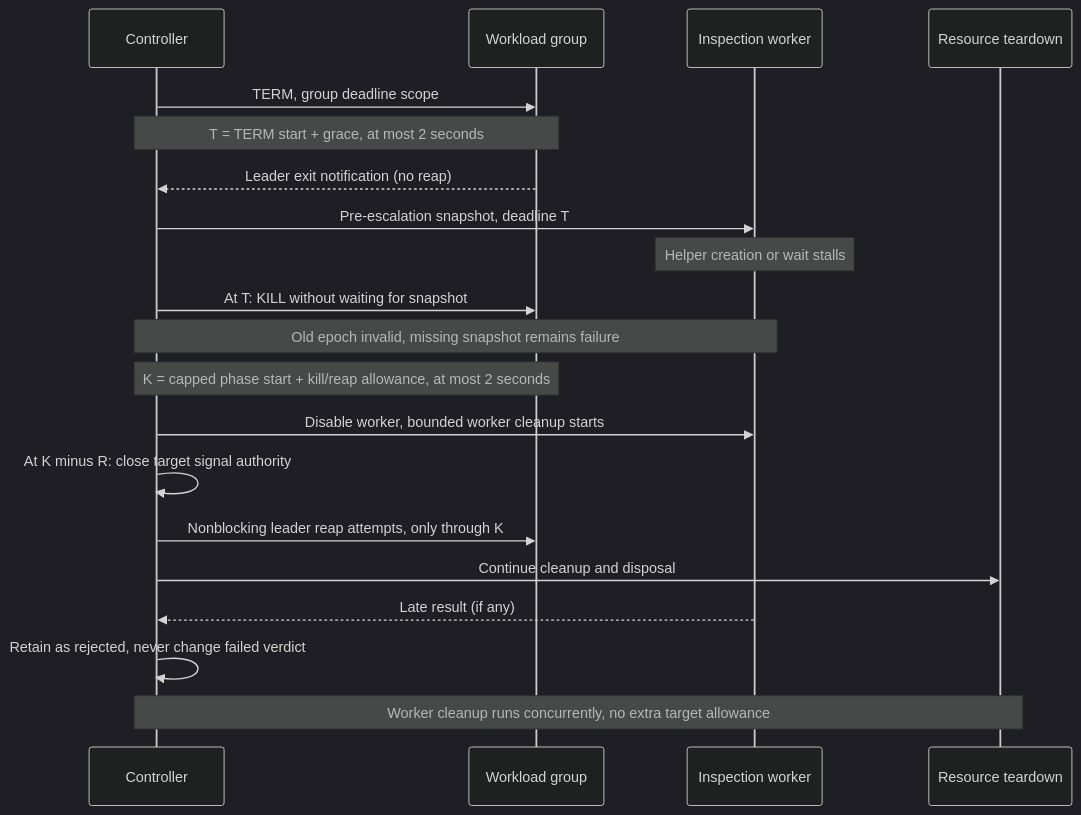
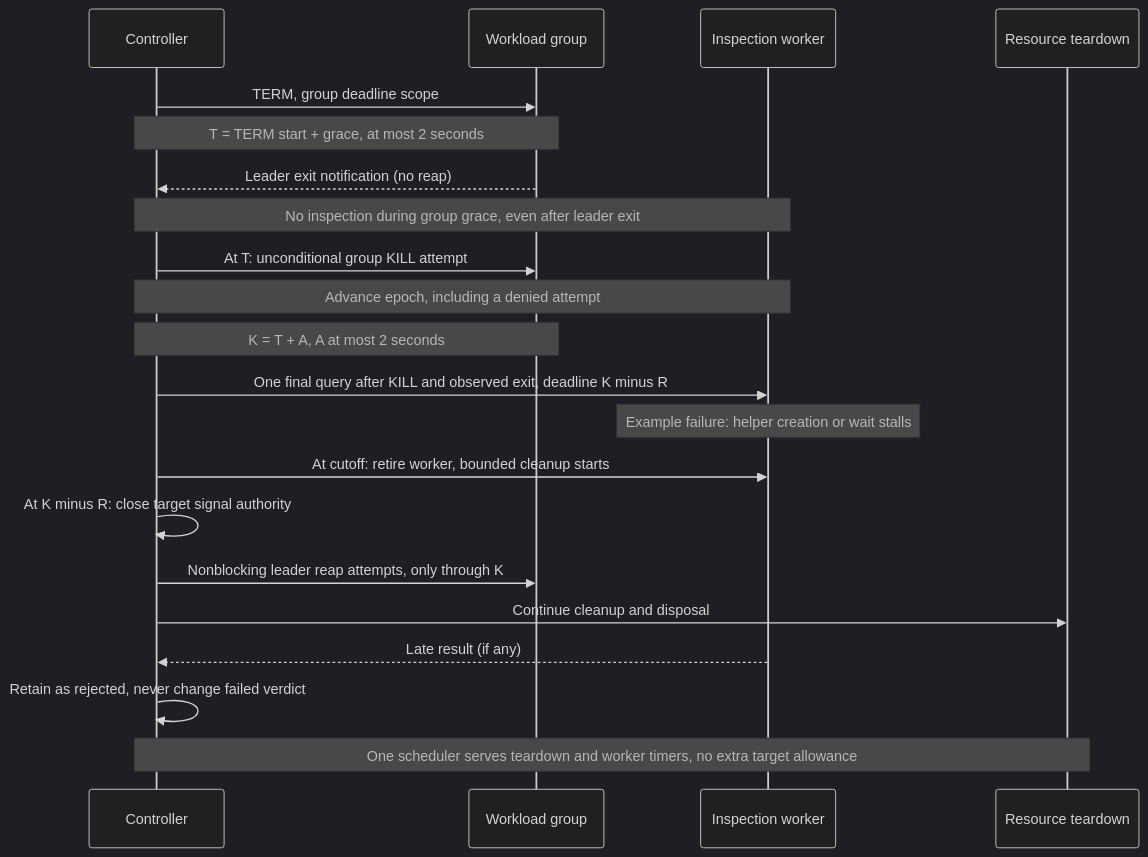
The diagram in docs/design/diagnostic-process-inspection/deadlines.mmd (Linkuistics/TestAnyware), drawn with Mermaid (dark theme) before and after one commit. The commit also changed 13 other files, not shown here.

Commit message:
bounded-inspection-k27: reconcile the inspection design review and update implementation handoff

```diff
--- a/docs/design/diagnostic-process-inspection/deadlines.mmd
+++ b/docs/design/diagnostic-process-inspection/deadlines.mmd
@@ -1,20 +1,21 @@
 sequenceDiagram
   participant C as Controller
   participant L as Workload group
   participant W as Inspection worker
   participant D as Resource teardown
   C->>L: TERM, group deadline scope
   Note over C,L: T = TERM start + grace, at most 2 seconds
   L-->>C: Leader exit notification (no reap)
-  C->>W: Pre-escalation snapshot, deadline T
-  Note over W: Helper creation or wait stalls
-  C->>L: At T: KILL without waiting for snapshot
-  Note over C,W: Old epoch invalid, missing snapshot remains failure
-  Note over C,L: K = capped phase start + kill/reap allowance, at most 2 seconds
-  C->>W: Disable worker, bounded worker cleanup starts
+  Note over C,W: No inspection during group grace, even after leader exit
+  C->>L: At T: unconditional group KILL attempt
+  Note over C,W: Advance epoch, including a denied attempt
+  Note over C,L: K = T + A, A at most 2 seconds
+  C->>W: One final query after KILL and observed exit, deadline K minus R
+  Note over W: Example failure: helper creation or wait stalls
+  C->>W: At cutoff: retire worker, bounded cleanup starts
   C->>C: At K minus R: close target signal authority
   C->>L: Nonblocking leader reap attempts, only through K
   C->>D: Continue cleanup and disposal
   W-->>C: Late result (if any)
   C->>C: Retain as rejected, never change failed verdict
-  Note over C,D: Worker cleanup runs concurrently, no extra target allowance
+  Note over C,D: One scheduler serves teardown and worker timers, no extra target allowance
```
